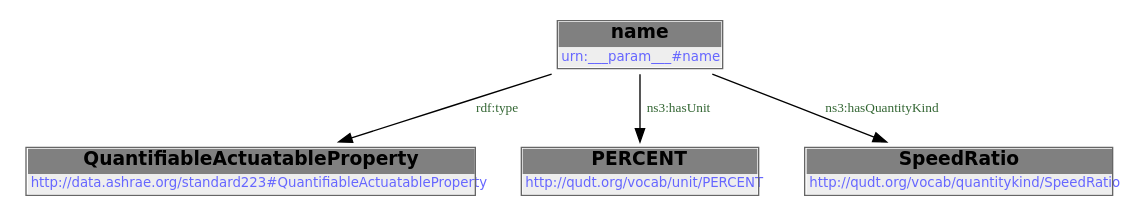
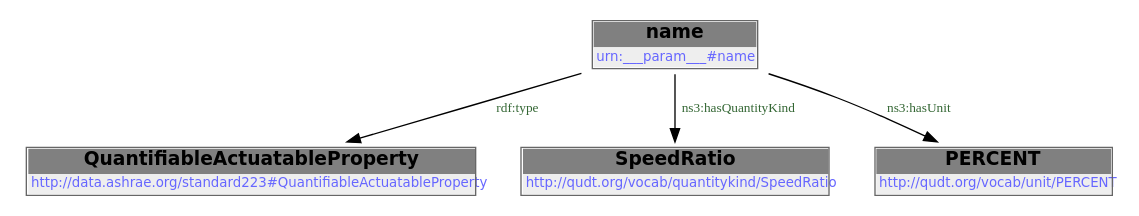
One commit to DataDrivenCPS/water-ontology changed the first of 2 diagrams in docs/libraries/templates/speed-command.rst. Above: the diagram before and after it, drawn with Graphviz. The commit also changed other lines of this file and 33 other files, not shown here.

```diff
--- a/docs/libraries/templates/speed-command.rst
+++ b/docs/libraries/templates/speed-command.rst
@@ -59,12 +59,12 @@
         .. graphviz::
 
                 digraph G {
             node [fontname="DejaVu Sans"];
             node0 -> node1 [color=BLACK, label=< <font point-size='10' color='#336633'>rdf:type</font> >];
-            node0 -> node2 [color=BLACK, label=< <font point-size='10' color='#336633'>ns3:hasUnit</font> >];
-            node0 -> node3 [color=BLACK, label=< <font point-size='10' color='#336633'>ns3:hasQuantityKind</font> >];
+            node0 -> node2 [color=BLACK, label=< <font point-size='10' color='#336633'>ns3:hasQuantityKind</font> >];
+            node0 -> node3 [color=BLACK, label=< <font point-size='10' color='#336633'>ns3:hasUnit</font> >];
             node0 [shape=none, color=black, label=< <table color='#666666' cellborder='0' cellspacing='0' border='1'><tr><td colspan='2' bgcolor='grey'><B>name</B></td></tr><tr><td href='urn:___param___#name' bgcolor='#eeeeee' colspan='2'><font point-size='10' color='#6666ff'>urn:___param___#name</font></td></tr></table> >];
             node1 [shape=none, color=black, label=< <table color='#666666' cellborder='0' cellspacing='0' border='1'><tr><td colspan='2' bgcolor='grey'><B>QuantifiableActuatableProperty</B></td></tr><tr><td href='http://data.ashrae.org/standard223#QuantifiableActuatableProperty' bgcolor='#eeeeee' colspan='2'><font point-size='10' color='#6666ff'>http://data.ashrae.org/standard223#QuantifiableActuatableProperty</font></td></tr></table> >];
-            node2 [shape=none, color=black, label=< <table color='#666666' cellborder='0' cellspacing='0' border='1'><tr><td colspan='2' bgcolor='grey'><B>PERCENT</B></td></tr><tr><td href='http://qudt.org/vocab/unit/PERCENT' bgcolor='#eeeeee' colspan='2'><font point-size='10' color='#6666ff'>http://qudt.org/vocab/unit/PERCENT</font></td></tr></table> >];
-            node3 [shape=none, color=black, label=< <table color='#666666' cellborder='0' cellspacing='0' border='1'><tr><td colspan='2' bgcolor='grey'><B>SpeedRatio</B></td></tr><tr><td href='http://qudt.org/vocab/quantitykind/SpeedRatio' bgcolor='#eeeeee' colspan='2'><font point-size='10' color='#6666ff'>http://qudt.org/vocab/quantitykind/SpeedRatio</font></td></tr></table> >];
+            node2 [shape=none, color=black, label=< <table color='#666666' cellborder='0' cellspacing='0' border='1'><tr><td colspan='2' bgcolor='grey'><B>SpeedRatio</B></td></tr><tr><td href='http://qudt.org/vocab/quantitykind/SpeedRatio' bgcolor='#eeeeee' colspan='2'><font point-size='10' color='#6666ff'>http://qudt.org/vocab/quantitykind/SpeedRatio</font></td></tr></table> >];
+            node3 [shape=none, color=black, label=< <table color='#666666' cellborder='0' cellspacing='0' border='1'><tr><td colspan='2' bgcolor='grey'><B>PERCENT</B></td></tr><tr><td href='http://qudt.org/vocab/unit/PERCENT' bgcolor='#eeeeee' colspan='2'><font point-size='10' color='#6666ff'>http://qudt.org/vocab/unit/PERCENT</font></td></tr></table> >];
             }
```
